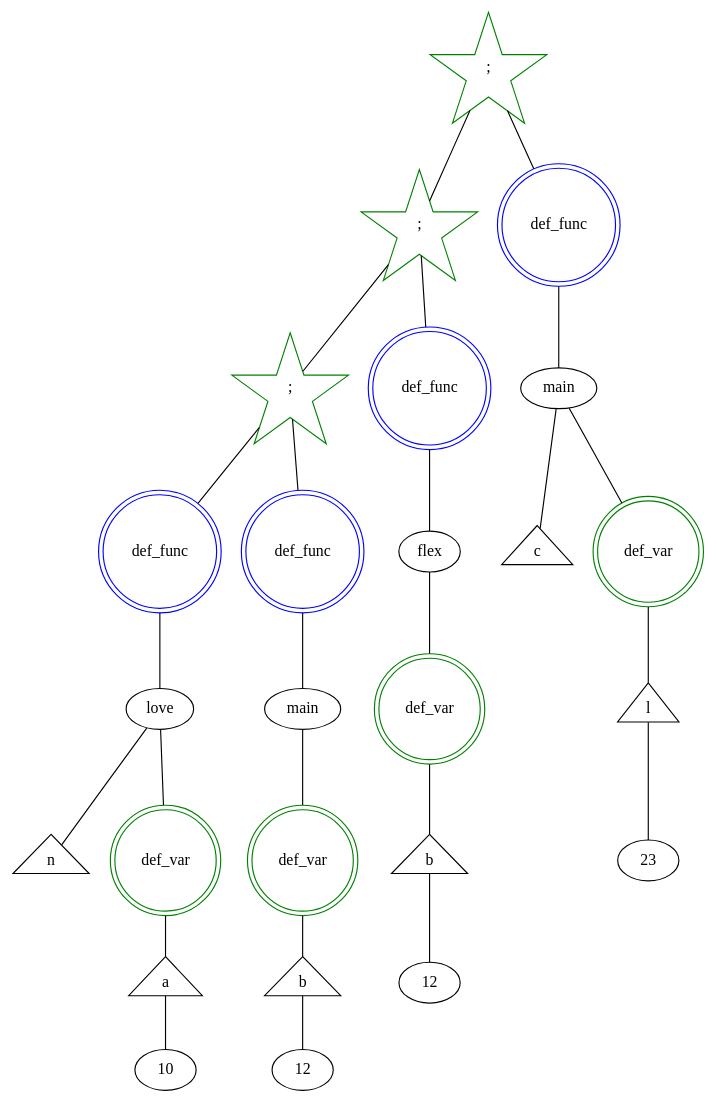
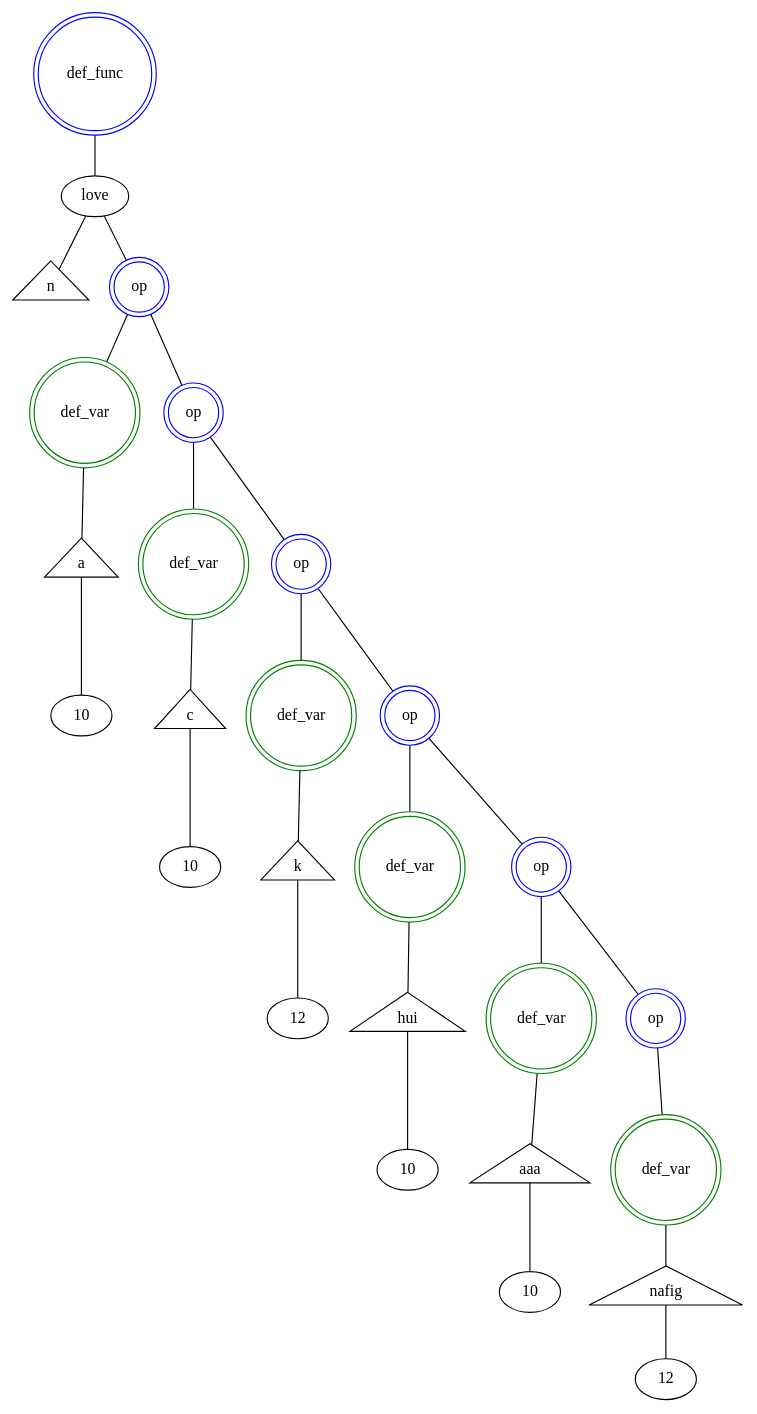
One commit to vvdvortsova/the_cure_language changed the diagram in gr1.dot. Above: the diagram before and after it, drawn with Graphviz. The commit also changed 7 other files, not shown here.

```diff
--- a/gr1.dot
+++ b/gr1.dot
@@ -1,59 +1,61 @@
 graph astdump {
-_2P[shape=star, color=green,label=";"]
-_2P -- _1P;
-_2P -- _7DF;
 _7DF[shape=doublecircle, color=blue,label="def_func"]
-_1P[shape=star, color=green,label=";"]
-_1P -- _0P;
-_1P -- _5DF;
-_5DF[shape=doublecircle, color=blue,label="def_func"]
-_0P[shape=star, color=green,label=";"]
-_0P -- _1DF;
-_1DF[shape=doublecircle, color=blue,label="def_func"]
-_0P -- _3DF;
-_3DF[shape=doublecircle, color=blue,label="def_func"]
-_1DF[shape=doublecircle, color=blue,label="def_func"]
-_1DF -- _0FN;
-_0FN [label="love"]
-_0FN -- _3V;
+_7DF -- _6FN;
+_6FN [label="love"]
+_6FN -- _3V;
 _3V [shape=triangle,label="n"]
-_0FN -- _6SO;
+_6FN -- _0OP;
+_0OP[shape=doublecircle, color=blue,label="op"]
+_0OP -- _6SO;
 _6SO [label="207"]
+_0OP -- _1OP;
 _6SO[shape=doublecircle, color=green,label="def_var"]
 _6SO -- _7V;
 _7V [shape=triangle,label="a"]
 _7V -- _9N10;
 _9N10 [label="10"]
-_3DF[shape=doublecircle, color=blue,label="def_func"]
-_3DF -- _2FN;
-_2FN [label="main"]
-_2FN -- _18SO;
-_18SO [label="207"]
-_18SO[shape=doublecircle, color=green,label="def_var"]
-_18SO -- _19V;
-_19V [shape=triangle,label="b"]
-_19V -- _21N12;
-_21N12 [label="12"]
-_5DF[shape=doublecircle, color=blue,label="def_func"]
-_5DF -- _4FN;
-_4FN [label="flex"]
-_4FN -- _30SO;
-_30SO [label="207"]
-_30SO[shape=doublecircle, color=green,label="def_var"]
-_30SO -- _31V;
-_31V [shape=triangle,label="b"]
-_31V -- _33N12;
-_33N12 [label="12"]
-_7DF[shape=doublecircle, color=blue,label="def_func"]
-_7DF -- _6FN;
-_6FN [label="main"]
-_6FN -- _40V;
-_40V [shape=triangle,label="c"]
-_6FN -- _43SO;
-_43SO [label="207"]
-_43SO[shape=doublecircle, color=green,label="def_var"]
-_43SO -- _44V;
-_44V [shape=triangle,label="l"]
-_44V -- _46N23;
-_46N23 [label="23"]
+_1OP[shape=doublecircle, color=blue,label="op"]
+_1OP -- _11SO;
+_11SO [label="207"]
+_1OP -- _2OP;
+_11SO[shape=doublecircle, color=green,label="def_var"]
+_11SO -- _12V;
+_12V [shape=triangle,label="c"]
+_12V -- _14N10;
+_14N10 [label="10"]
+_2OP[shape=doublecircle, color=blue,label="op"]
+_2OP -- _16SO;
+_16SO [label="207"]
+_2OP -- _3OP;
+_16SO[shape=doublecircle, color=green,label="def_var"]
+_16SO -- _17V;
+_17V [shape=triangle,label="k"]
+_17V -- _19N12;
+_19N12 [label="12"]
+_3OP[shape=doublecircle, color=blue,label="op"]
+_3OP -- _21SO;
+_21SO [label="207"]
+_3OP -- _4OP;
+_21SO[shape=doublecircle, color=green,label="def_var"]
+_21SO -- _22V;
+_22V [shape=triangle,label="hui"]
+_22V -- _24N10;
+_24N10 [label="10"]
+_4OP[shape=doublecircle, color=blue,label="op"]
+_4OP -- _26SO;
+_26SO [label="207"]
+_4OP -- _5OP;
+_26SO[shape=doublecircle, color=green,label="def_var"]
+_26SO -- _27V;
+_27V [shape=triangle,label="aaa"]
+_27V -- _29N10;
+_29N10 [label="10"]
+_5OP[shape=doublecircle, color=blue,label="op"]
+_5OP -- _31SO;
+_31SO [label="207"]
+_31SO[shape=doublecircle, color=green,label="def_var"]
+_31SO -- _32V;
+_32V [shape=triangle,label="nafig"]
+_32V -- _34N12;
+_34N12 [label="12"]
 }
```
